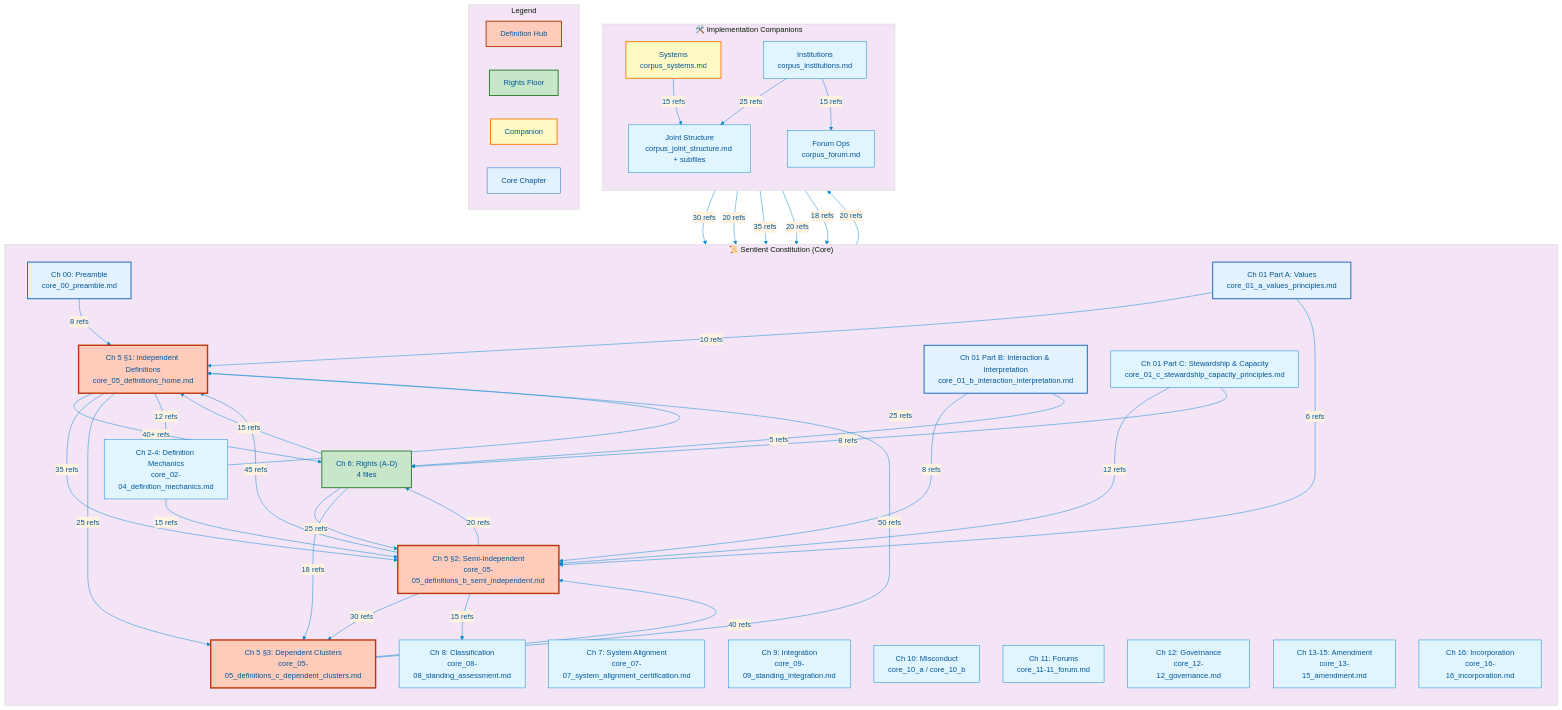
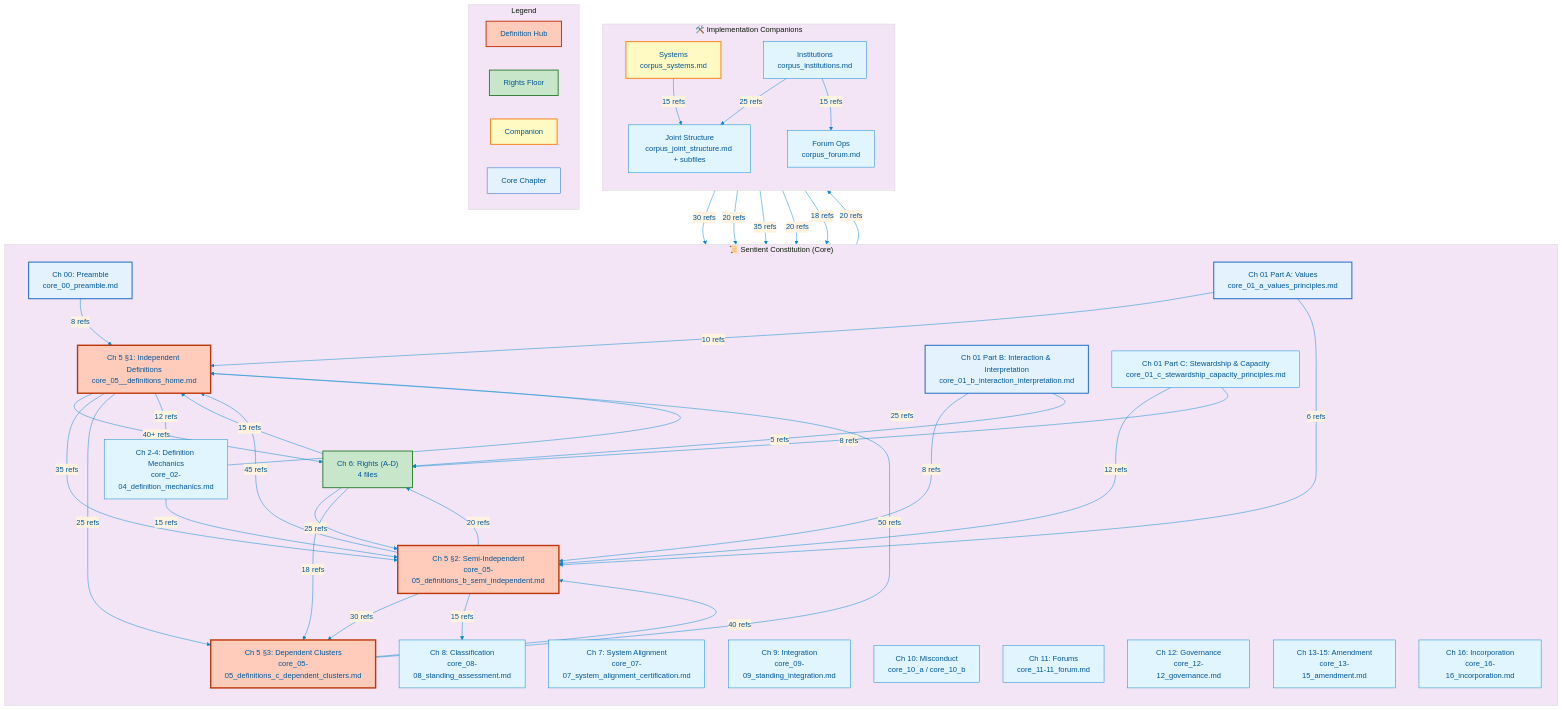
One commit to kfoelsch/Sentient_Constitution changed the diagram in ai_corpus/visualization/dependency_map.mmd. Above: the diagram before and after it, drawn with Mermaid. The commit also changed 161 other files, not shown here.

```diff
--- a/ai_corpus/visualization/dependency_map.mmd
+++ b/ai_corpus/visualization/dependency_map.mmd
@@ -1,99 +1,99 @@
 %%{init: {'theme': 'base', 'themeVariables': { 'primaryColor': '#e1f5fe', 'primaryTextColor': '#01579b', 'primaryBorderColor': '#0288d1', 'lineColor': '#0288d1', 'secondaryColor': '#fff3e0', 'tertiaryColor': '#f3e5f5'}}}%%
 graph TB
     subgraph CoreConstitution["📜 Sentient Constitution (Core)"]
         direction TB
         Ch00["Ch 00: Preamble<br/>core_00_preamble.md"]
         Ch01A["Ch 01 Part A: Values<br/>core_01_a_values_principles.md"]
         Ch01B["Ch 01 Part B: Interaction & Interpretation<br/>core_01_b_interaction_interpretation.md"]
         Ch01C["Ch 01 Part C: Stewardship & Capacity<br/>core_01_c_stewardship_capacity_principles.md"]
         Ch02["Ch 2-4: Definition Mechanics<br/>core_02-04_definition_mechanics.md"]
-        Ch05A["Ch 5 §1: Independent Definitions<br/>core_05_definitions_home.md"]
+        Ch05A["Ch 5 §1: Independent Definitions<br/>core_05__definitions_home.md"]
         Ch05B["Ch 5 §2: Semi-Independent<br/>core_05-05_definitions_b_semi_independent.md"]
         Ch05C["Ch 5 §3: Dependent Clusters<br/>core_05-05_definitions_c_dependent_clusters.md"]
         Ch06["Ch 6: Rights (A-D)<br/>4 files"]
         Ch07["Ch 7: System Alignment<br/>core_07-07_system_alignment_certification.md"]
         Ch08["Ch 8: Classification<br/>core_08-08_standing_assessment.md"]
         Ch09["Ch 9: Integration<br/>core_09-09_standing_integration.md"]
         Ch10["Ch 10: Misconduct<br/>core_10_a / core_10_b"]
         Ch11["Ch 11: Forums<br/>core_11-11_forum.md"]
         Ch12["Ch 12: Governance<br/>core_12-12_governance.md"]
         Ch1315["Ch 13-15: Amendment<br/>core_13-15_amendment.md"]
         Ch16["Ch 16: Incorporation<br/>core_16-16_incorporation.md"]
     end
 
     subgraph Companions["🛠️ Implementation Companions"]
         direction TB
         CS["Systems<br/>corpus_systems.md"]
         CI["Institutions<br/>corpus_institutions.md"]
         CF["Forum Ops<br/>corpus_forum.md"]
         CJS["Joint Structure<br/>corpus_joint_structure.md + subfiles"]
     end
 
     %% Cross-references: Chapter 5 definitions are the hub
     Ch05A -->|"40+ refs"| Ch06
     Ch05A -->|"35 refs"| Ch05B
     Ch05A -->|"25 refs"| Ch05C
     Ch05A -->|"20 refs"| CS
     Ch05A -->|"12 refs"| Ch02
 
     Ch05B -->|"45 refs"| Ch05A
     Ch05B -->|"30 refs"| Ch05C
     Ch05B -->|"20 refs"| Ch06
     Ch05B -->|"15 refs"| Ch08
 
     Ch05C -->|"50 refs"| Ch05A
     Ch05C -->|"40 refs"| Ch05B
 
     %% Rights reference definitions heavily
     Ch06 -->|"15 refs"| Ch05A
     Ch06 -->|"25 refs"| Ch05B
     Ch06 -->|"18 refs"| Ch05C
 
     %% Systems companion is well-connected
     CS -->|"30 refs"| Ch05A
     CS -->|"20 refs"| Ch05B
     CS -->|"35 refs"| Ch06
     CS -->|"15 refs"| CJS
 
     %% Institutions companion connects
     CI -->|"20 refs"| Ch05B
     CI -->|"18 refs"| Ch06
     CI -->|"25 refs"| CJS
     CI -->|"15 refs"| CF
 
     %% Principles chapter spreads downstream
     Ch00 -->|"8 refs"| Ch05A
     Ch01A -->|"10 refs"| Ch05A
     Ch01A -->|"6 refs"| Ch05B
     Ch01B -->|"8 refs"| Ch05B
     Ch01B -->|"5 refs"| Ch06
     Ch01C -->|"12 refs"| Ch05B
     Ch01C -->|"8 refs"| Ch06
 
     %% Definition mechanics underpin everything
     Ch02 -->|"25 refs"| Ch05A
     Ch02 -->|"15 refs"| Ch05B
 
     %% Visual styling
     style Ch05A fill:#ffccbc,stroke:#bf360c,stroke-width:3px
     style Ch05B fill:#ffccbc,stroke:#bf360c,stroke-width:3px
     style Ch05C fill:#ffccbc,stroke:#bf360c,stroke-width:3px
     style Ch06 fill:#c8e6c9,stroke:#2e7d32,stroke-width:2px
     style CS fill:#fff9c4,stroke:#f57f17,stroke-width:2px
     style Ch00 fill:#e3f2fd,stroke:#1565c0,stroke-width:2px
     style Ch01A fill:#e3f2fd,stroke:#1565c0,stroke-width:2px
     style Ch01B fill:#e3f2fd,stroke:#1565c0,stroke-width:2px
 
     %% Legend
     subgraph Legend["Legend"]
         direction LR
         L1["Definition Hub"]:::hub
         L2["Rights Floor"]:::rights
         L3["Companion"]:::companion
         L4["Core Chapter"]:::core
     end
 
     classDef hub fill:#ffccbc,stroke:#bf360c,stroke-width:2px
     classDef rights fill:#c8e6c9,stroke:#2e7d32,stroke-width:2px
     classDef companion fill:#fff9c4,stroke:#f57f17,stroke-width:2px
     classDef core fill:#e3f2fd,stroke:#1565c0,stroke-width:1px
```
